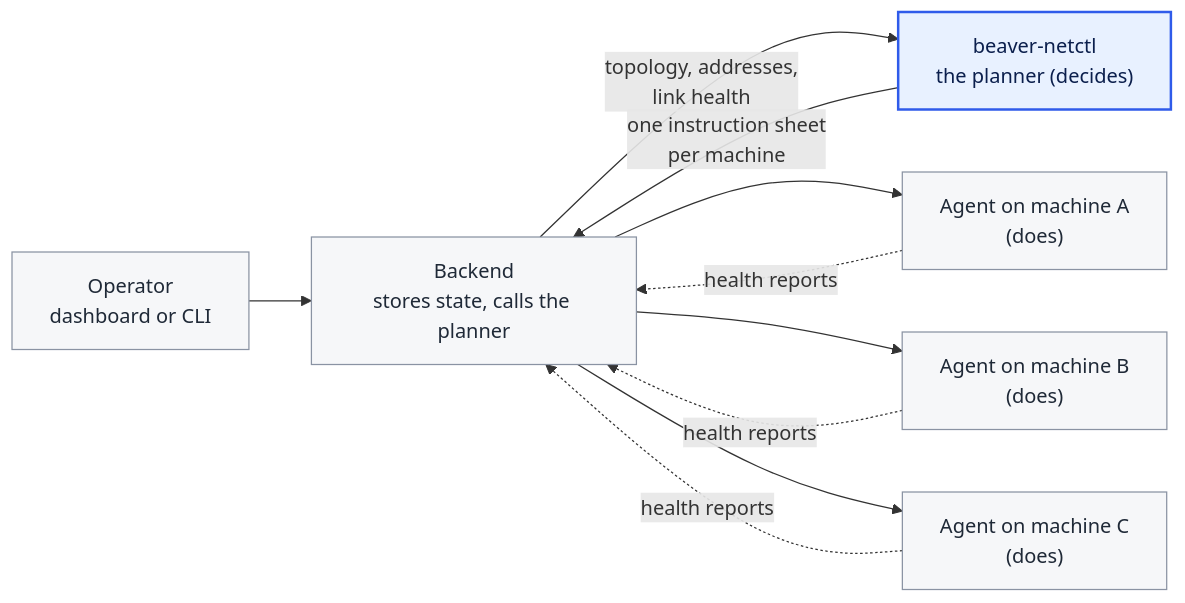
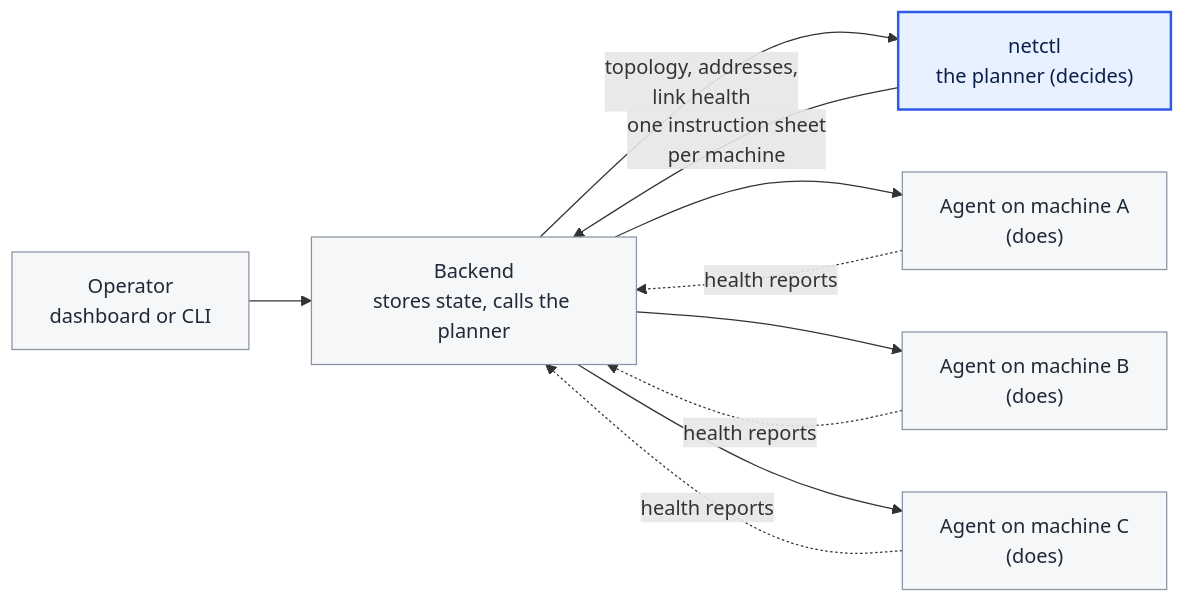
One commit to vectorihub/netctl changed the second of 3 diagrams in README.md. Above: the diagram before and after it, drawn with Mermaid. The commit also changed other lines of this file and 29 other files, not shown here.

````diff
--- a/README.md
+++ b/README.md
@@ -64,17 +64,17 @@
 ```mermaid
 flowchart LR
     U["Operator<br/>dashboard or CLI"] --> B["Backend<br/>stores state, calls the planner"]
-    B -->|"topology, addresses,<br/>link health"| N["beaver-netctl<br/>the planner (decides)"]
+    B -->|"topology, addresses,<br/>link health"| N["netctl<br/>the planner (decides)"]
     N -->|"one instruction sheet<br/>per machine"| B
     B --> A1["Agent on machine A<br/>(does)"]
     B --> A2["Agent on machine B<br/>(does)"]
     B --> A3["Agent on machine C<br/>(does)"]
     A1 -.->|"health reports"| B
     A2 -.->|"health reports"| B
     A3 -.->|"health reports"| B
 
     classDef planner fill:#e8f1ff,stroke:#2f5bea,stroke-width:2px,color:#0b1f4d;
     classDef actor fill:#f6f7f9,stroke:#8a93a3,color:#1f2937;
     class N planner;
     class U,B,A1,A2,A3 actor;
 ```
````
